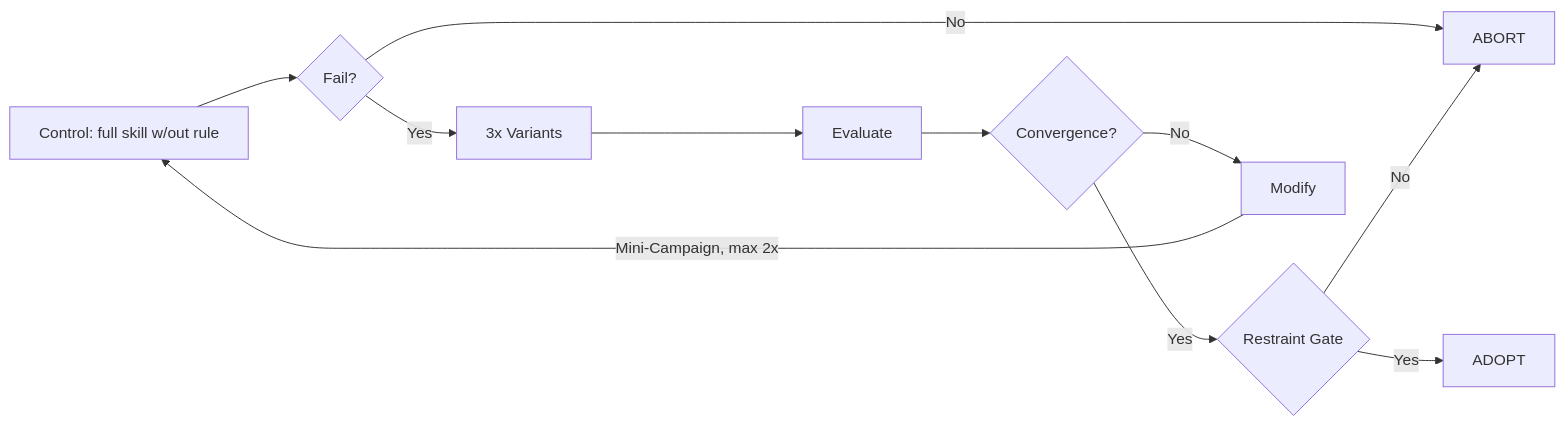
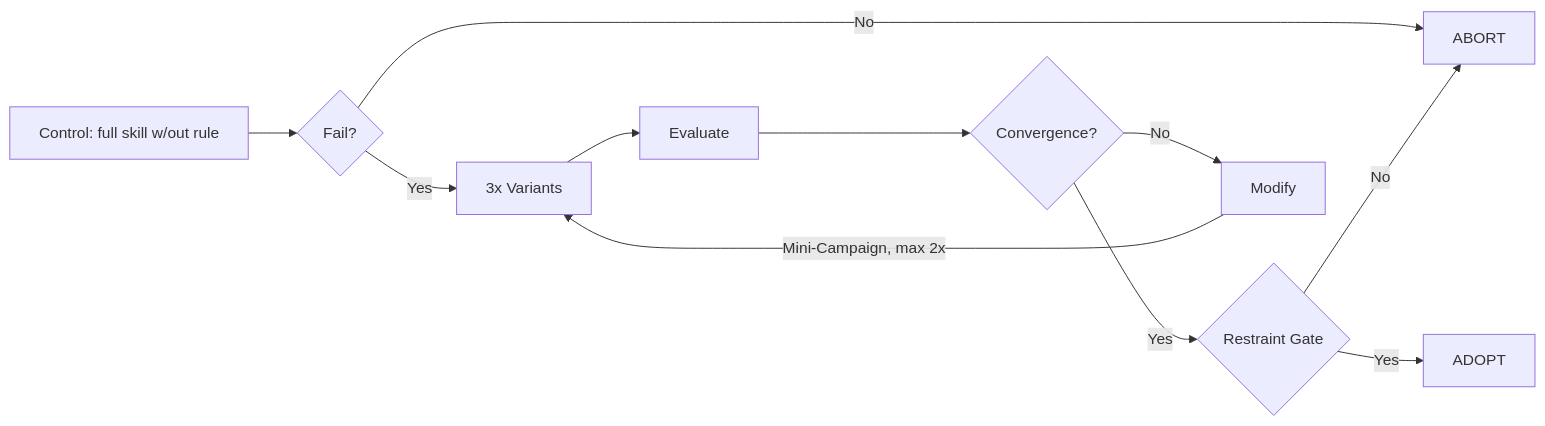
One commit to dczmer/dangerpowers changed the third of 4 diagrams in docs/writing-skills/part-3/README.md. Above: the diagram before and after it, drawn with Mermaid. The commit also changed other lines of this file and 1 other file, not shown here.

````diff
--- a/docs/writing-skills/part-3/README.md
+++ b/docs/writing-skills/part-3/README.md
@@ -181,13 +217,13 @@
 ```mermaid
 flowchart LR
     C[Control: full skill w/out rule] --> CF{Fail?}
     CF -->|No| ABORT
     CF -->|Yes| V[3x Variants]
     V --> E[Evaluate]
     E --> CON{Convergence?}
     CON -->|Yes| RG{Restraint Gate}
     RG -->|Yes| ADOPT
     RG -->|No| ABORT
     CON -->|No| Modify
-    Modify -->|Mini-Campaign, max 2x| C
+    Modify -->|Mini-Campaign, max 2x| V
 ```
````
